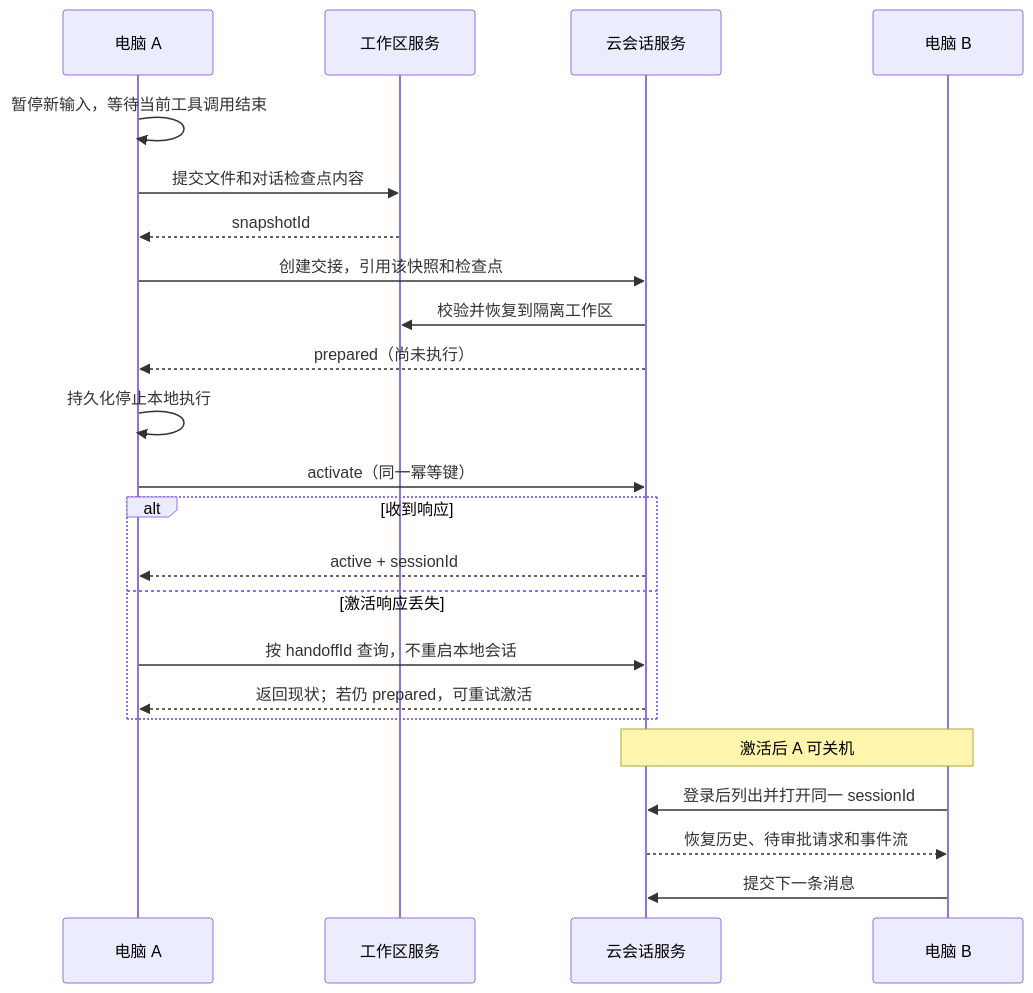
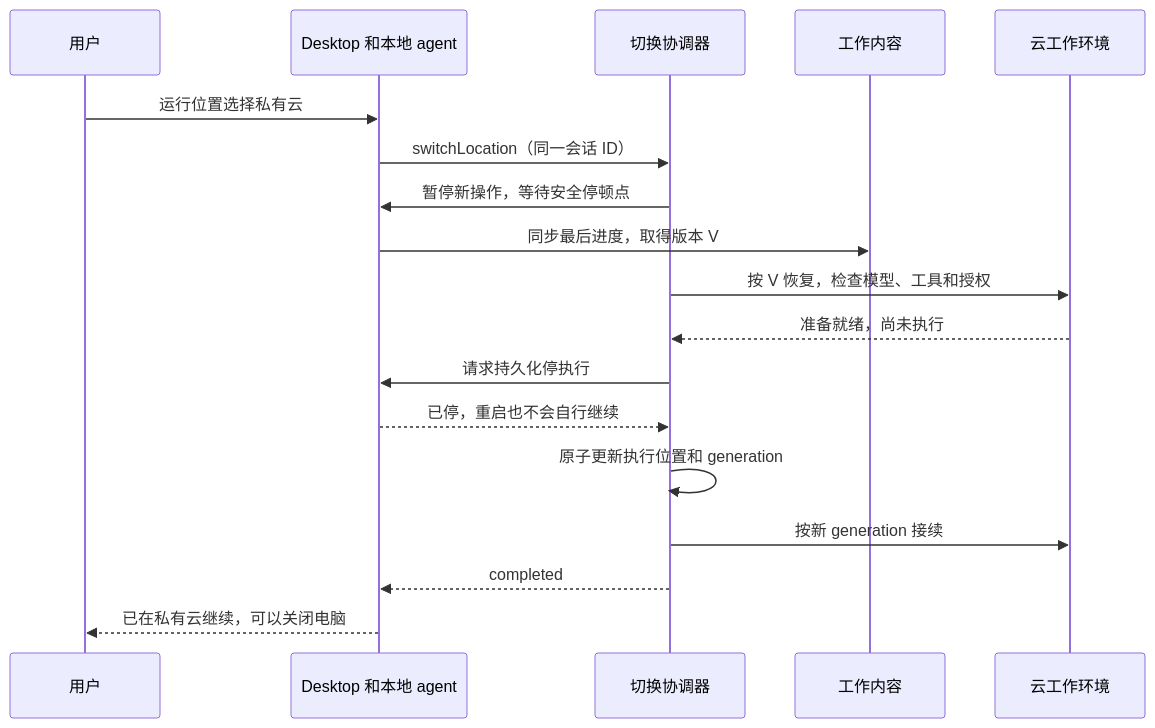
The fourth of 7 diagrams in docs/private-cloud-design.md (LiusCraft/pi-desktop), drawn with Mermaid before and after one commit. The commit also changed other lines of this file, not shown here.

````diff
--- a/docs/private-cloud-design.md
+++ b/docs/private-cloud-design.md
@@ -241,25 +262,20 @@
 ```mermaid
 sequenceDiagram
-    participant A as 电脑 A
-    participant W as 工作区服务
-    participant H as 云会话服务
-    participant B as 电脑 B
-    A->>A: 暂停新输入，等待当前工具调用结束
-    A->>W: 提交文件和对话检查点内容
-    W-->>A: snapshotId
-    A->>H: 创建交接，引用该快照和检查点
-    H->>W: 校验并恢复到隔离工作区
-    H-->>A: prepared（尚未执行）
-    A->>A: 持久化停止本地执行
-    A->>H: activate（同一幂等键）
-    alt 收到响应
-        H-->>A: active + sessionId
-    else 激活响应丢失
-        A->>H: 按 handoffId 查询，不重启本地会话
-        H-->>A: 返回现状；若仍 prepared，可重试激活
-    end
-    Note over H,B: 激活后 A 可关机
-    B->>H: 登录后列出并打开同一 sessionId
-    H-->>B: 恢复历史、待审批请求和事件流
-    B->>H: 提交下一条消息
+    participant U as 用户
+    participant D as Desktop 和本地 agent
+    participant C as 切换协调器
+    participant W as 工作内容
+    participant E as 云工作环境
+    U->>D: 运行位置选择私有云
+    D->>C: switchLocation（同一会话 ID）
+    C->>D: 暂停新操作，等待安全停顿点
+    D->>W: 同步最后进度，取得版本 V
+    C->>E: 按 V 恢复，检查模型、工具和授权
+    E-->>C: 准备就绪，尚未执行
+    C->>D: 请求持久化停执行
+    D-->>C: 已停，重启也不会自行继续
+    C->>C: 原子更新执行位置和 generation
+    C->>E: 按新 generation 接续
+    C-->>D: completed
+    D-->>U: 已在私有云继续，可以关闭电脑
 ```
````
